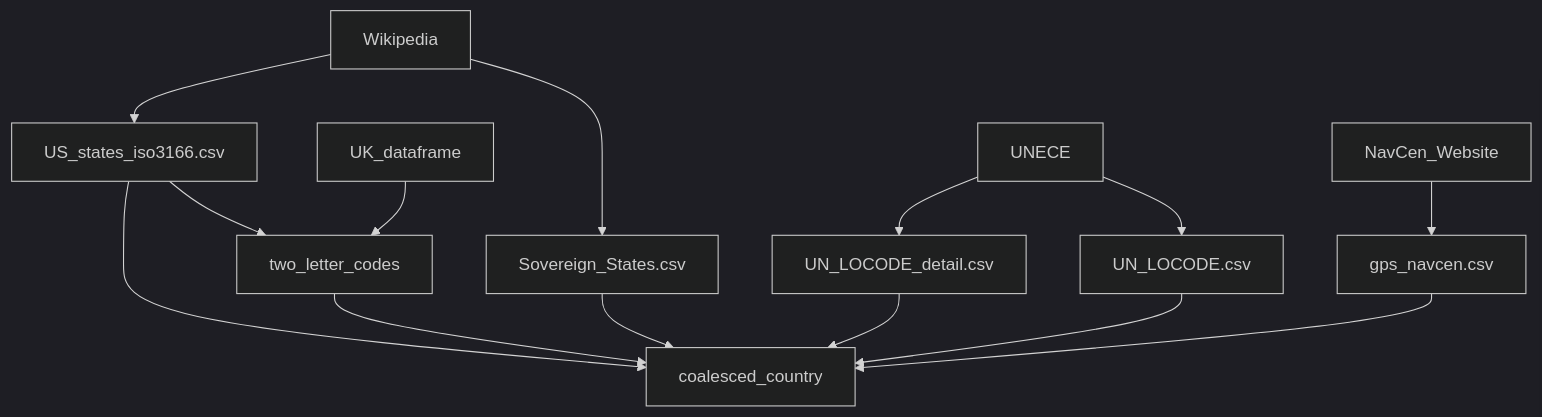
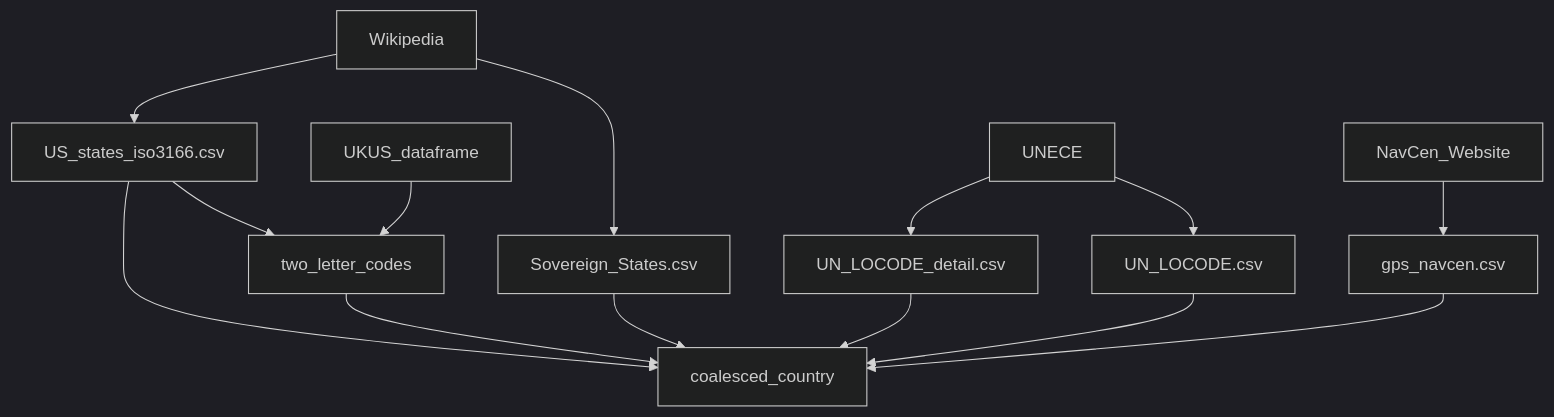
Before and after one commit to stelios-c/GPS_analysis: the diagram in README.md, drawn with Mermaid (dark theme).

````diff
--- a/README.md
+++ b/README.md
@@ -13,17 +13,17 @@
 ```mermaid
 graph TD;
     NavCen_Website-->gps_navcen.csv;
     Wikipedia--> US_states_iso3166.csv;
     Wikipedia--> Sovereign_States.csv;
     UNECE-->UN_LOCODE_detail.csv
     UNECE-->UN_LOCODE.csv
     US_states_iso3166.csv--> two_letter_codes;
-    UK_dataframe--> two_letter_codes;
+    UKUS_dataframe--> two_letter_codes;
     US_states_iso3166.csv-->coalesced_country;
     two_letter_codes-->coalesced_country;
     Sovereign_States.csv-->coalesced_country;
     UN_LOCODE_detail.csv-->coalesced_country;
     UN_LOCODE.csv-->coalesced_country;
     gps_navcen.csv-->coalesced_country;
     
  ```
````
